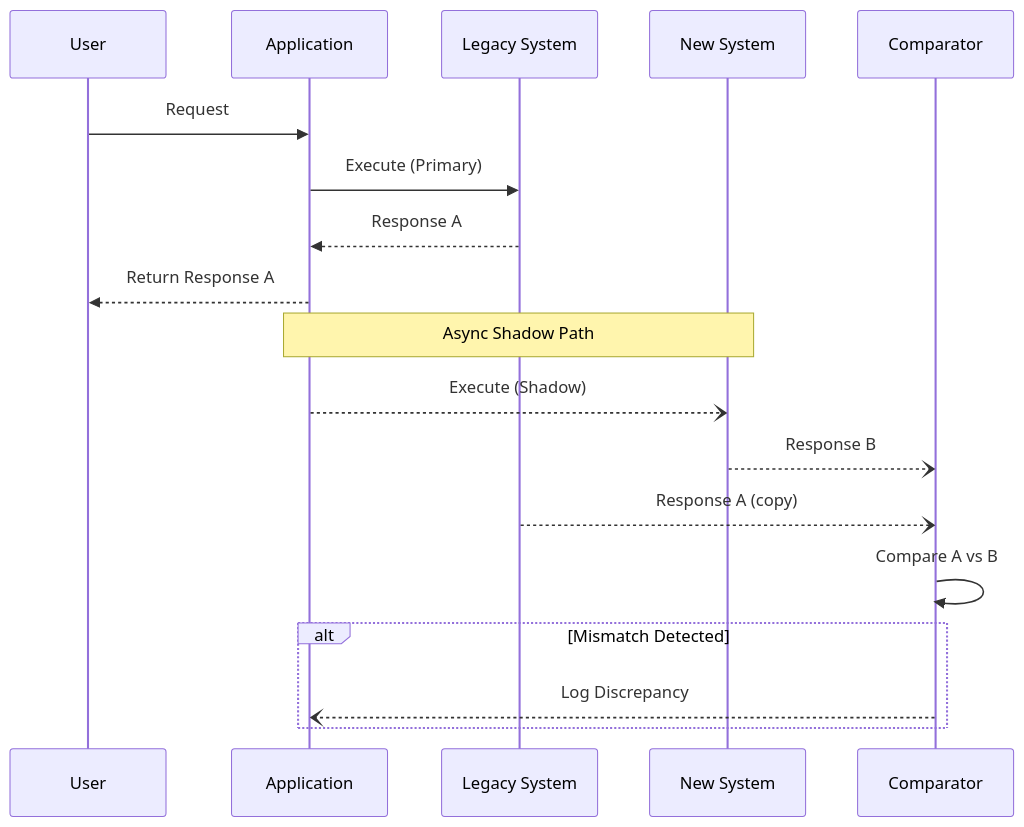
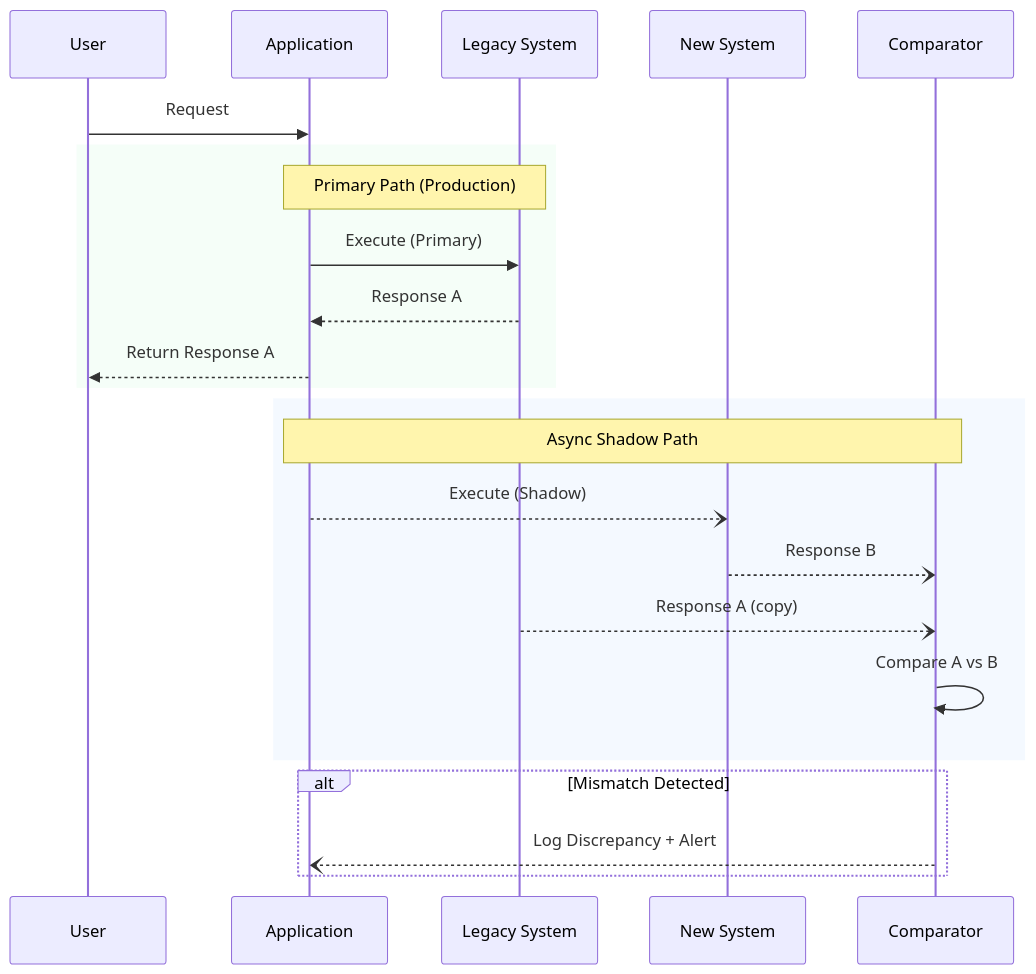
The second of 4 diagrams in gemini-responses/branch-by-abstraction-20260120-0919.md (udaytamma/Cyrus), drawn with Mermaid before and after one commit. The commit also changed other lines of this file and 28 other files, not shown here.

First line of the commit message:
Upgrade Knowledge Base Mermaid diagrams to professional styling

````diff
--- a/gemini-responses/branch-by-abstraction-20260120-0919.md
+++ b/gemini-responses/branch-by-abstraction-20260120-0919.md
@@ -67,23 +78,29 @@
 ```mermaid
 sequenceDiagram
     participant User
     participant App as Application
     participant Legacy as Legacy System
     participant New as New System
     participant Comparator
 
     User->>App: Request
-    App->>Legacy: Execute (Primary)
-    Legacy-->>App: Response A
-    App-->>User: Return Response A
 
-    Note over App,New: Async Shadow Path
-    App--)New: Execute (Shadow)
-    New--)Comparator: Response B
-    Legacy--)Comparator: Response A (copy)
-    Comparator->>Comparator: Compare A vs B
+    rect rgba(220,252,231,0.3)
+        Note over App,Legacy: Primary Path (Production)
+        App->>Legacy: Execute (Primary)
+        Legacy-->>App: Response A
+        App-->>User: Return Response A
+    end
+
+    rect rgba(219,234,254,0.3)
+        Note over App,Comparator: Async Shadow Path
+        App--)New: Execute (Shadow)
+        New--)Comparator: Response B
+        Legacy--)Comparator: Response A (copy)
+        Comparator->>Comparator: Compare A vs B
+    end
 
     alt Mismatch Detected
-        Comparator--)App: Log Discrepancy
+        Comparator--)App: Log Discrepancy + Alert
     end
 ```
````
